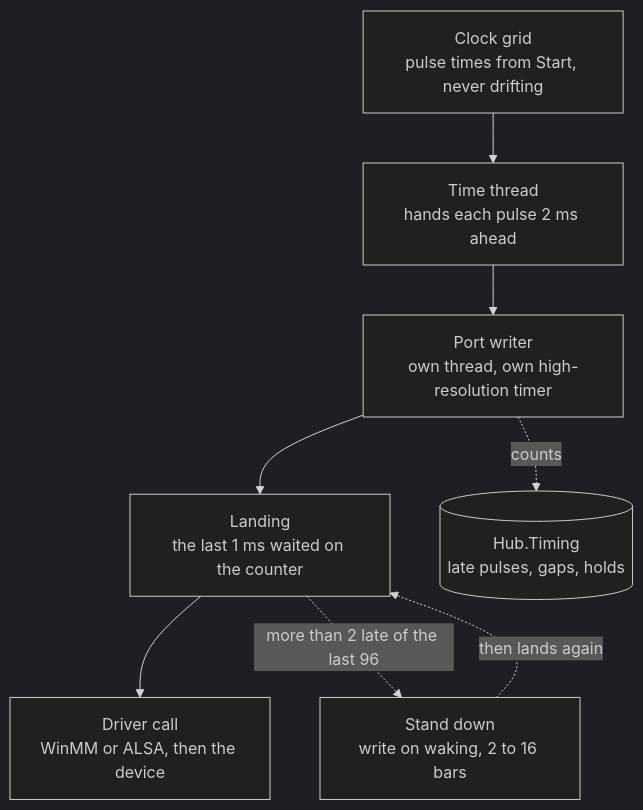
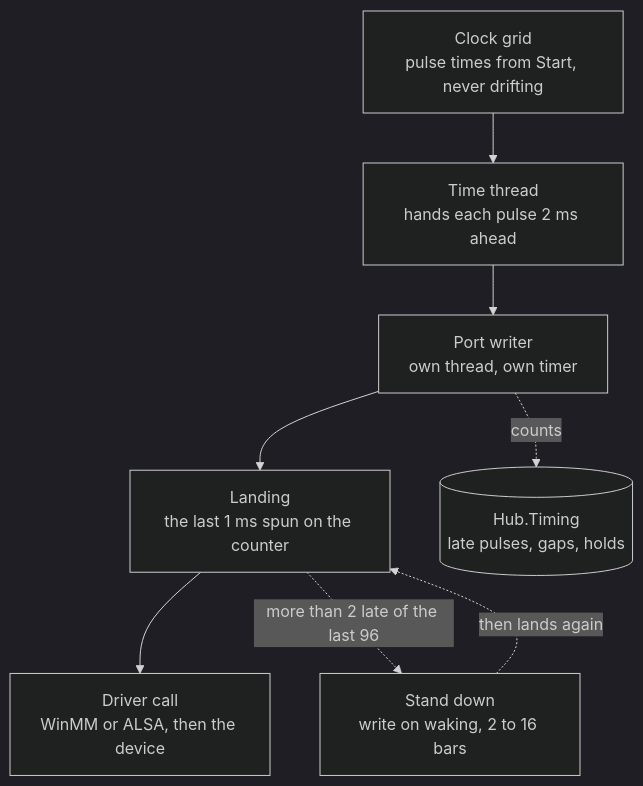
Before and after one commit to pomentum/mydi: the second of 2 diagrams in docs/guides/architecture.md, drawn with Mermaid (dark theme). The commit also changed other lines of this file, not shown here.

Commit message:
docs: the architecture guide as the code does it: input's time, the writers' calls, Linux's timers, the landing's spin

````diff
--- a/docs/guides/architecture.md
+++ b/docs/guides/architecture.md
@@ -47,15 +50,15 @@
 ```mermaid
 flowchart TB
   grid["Clock grid<br/>pulse times from Start, never drifting"]
   thread["Time thread<br/>hands each pulse 2 ms ahead"]
-  writer["Port writer<br/>own thread, own high-resolution timer"]
-  landing["Landing<br/>the last 1 ms waited on the counter"]
+  writer["Port writer<br/>own thread, own timer"]
+  landing["Landing<br/>the last 1 ms spun on the counter"]
   driver["Driver call<br/>WinMM or ALSA, then the device"]
   timing[("Hub.Timing<br/>late pulses, gaps, holds")]
   down["Stand down<br/>write on waking, 2 to 16 bars"]
 
   grid --> thread --> writer --> landing --> driver
   writer -. counts .-> timing
   landing -. "more than 2 late of the last 96" .-> down
   down -. "then lands again" .-> landing
 ```
````
